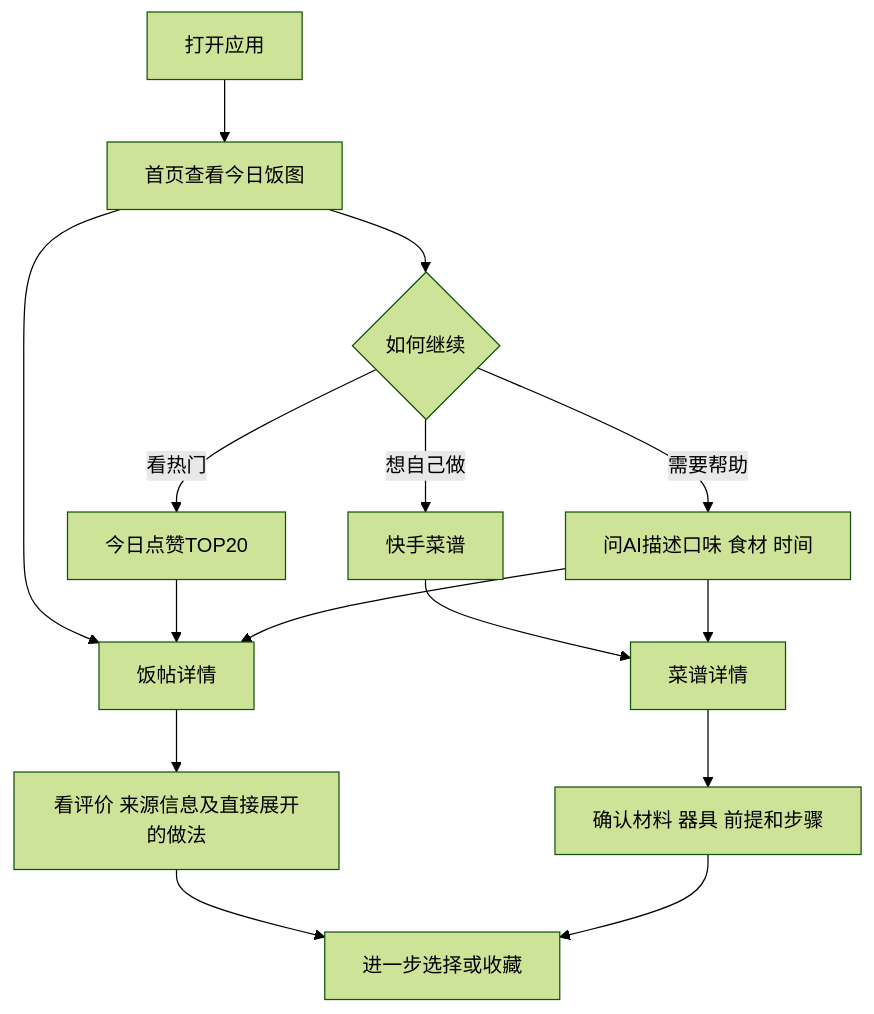
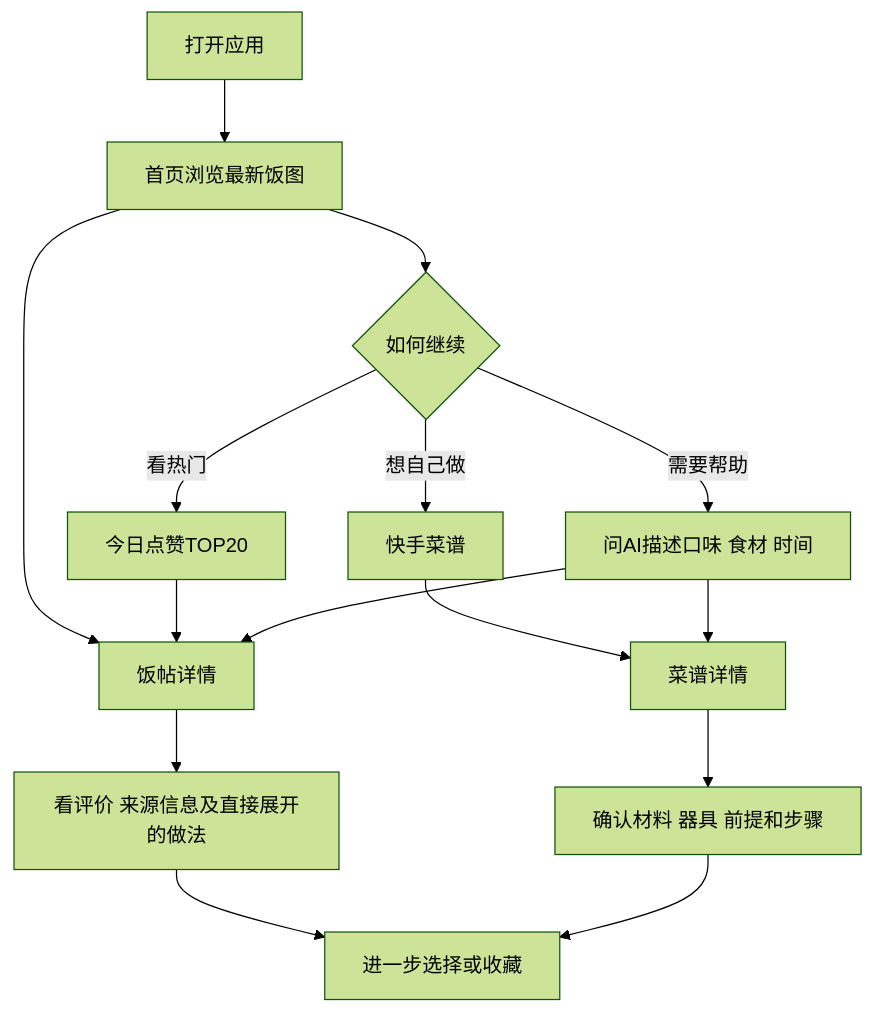
The first of 5 diagrams in docs/今天吃啥_PRD_V1.0.0.md (Hu-Xiaodong/mealmate), drawn with Mermaid (forest theme) before and after one commit. The commit also changed other lines of this file and 22 other files, not shown here.

````diff
--- a/docs/今天吃啥_PRD_V1.0.0.md
+++ b/docs/今天吃啥_PRD_V1.0.0.md
@@ -93,17 +93,17 @@
 ```mermaid
 flowchart TD
-    A[打开应用] --> B[首页查看今日饭图]
+    A[打开应用] --> B[首页浏览最新饭图]
     B --> C{如何继续}
     C -->|看热门| D[今日点赞TOP20]
     C -->|想自己做| E[快手菜谱]
     C -->|需要帮助| F[问AI描述口味 食材 时间]
     B --> G[饭帖详情]
     D --> G
     E --> H[菜谱详情]
     F --> G
     F --> H
     G --> I[看评价 来源信息及直接展开的做法]
     H --> J[确认材料 器具 前提和步骤]
     I --> K[进一步选择或收藏]
     J --> K
 ```
````
